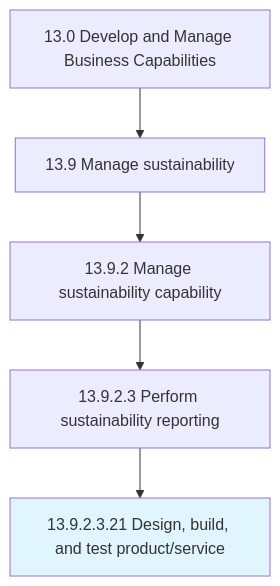
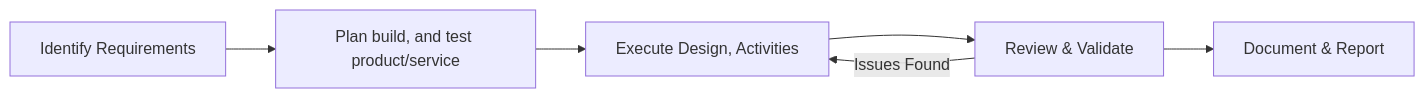
The diagram in processes/13-Capabilities/13.9-ManageSustainability/13.9.2-ManageSustainabilityCapability/13.9.2.3-PerformSustainabilityReporting/DesignBuildAndTestProductservice.mdx (kziemski/business.org.ai), drawn with Mermaid before and after one commit. The commit also changed other lines of this file and 1669 other files, not shown here.

````diff
--- a/processes/13-Capabilities/13.9-ManageSustainability/13.9.2-ManageSustainabilityCapability/13.9.2.3-PerformSustainabilityReporting/DesignBuildAndTestProductservice.mdx
+++ b/processes/13-Capabilities/13.9-ManageSustainability/13.9.2-ManageSustainabilityCapability/13.9.2.3-PerformSustainabilityReporting/DesignBuildAndTestProductservice.mdx
@@ -20,9 +11,8 @@
 ```mermaid
-graph TD
-    C13["13.0 Develop and Manage Business Capabilities"]
-    C13 --> N13_9["13.9 Manage sustainability"]
-    N13_9 --> N13_9_2["13.9.2 Manage sustainability capability"]
-    N13_9_2 --> N13_9_2_3["13.9.2.3 Perform sustainability reporting"]
-    N13_9_2_3 --> N13_9_2_3_21["13.9.2.3.21 Design, build, and test product/service"]
-    style N13_9_2_3_21 fill:#e1f5fe
+flowchart LR
+    A["Identify Requirements"] --> B["Plan build, and test product/service"]
+    B --> C["Execute Design, Activities"]
+    C --> D["Review & Validate"]
+    D --> E["Document & Report"]
+    D -- "Issues Found" --> C
 ```
````
